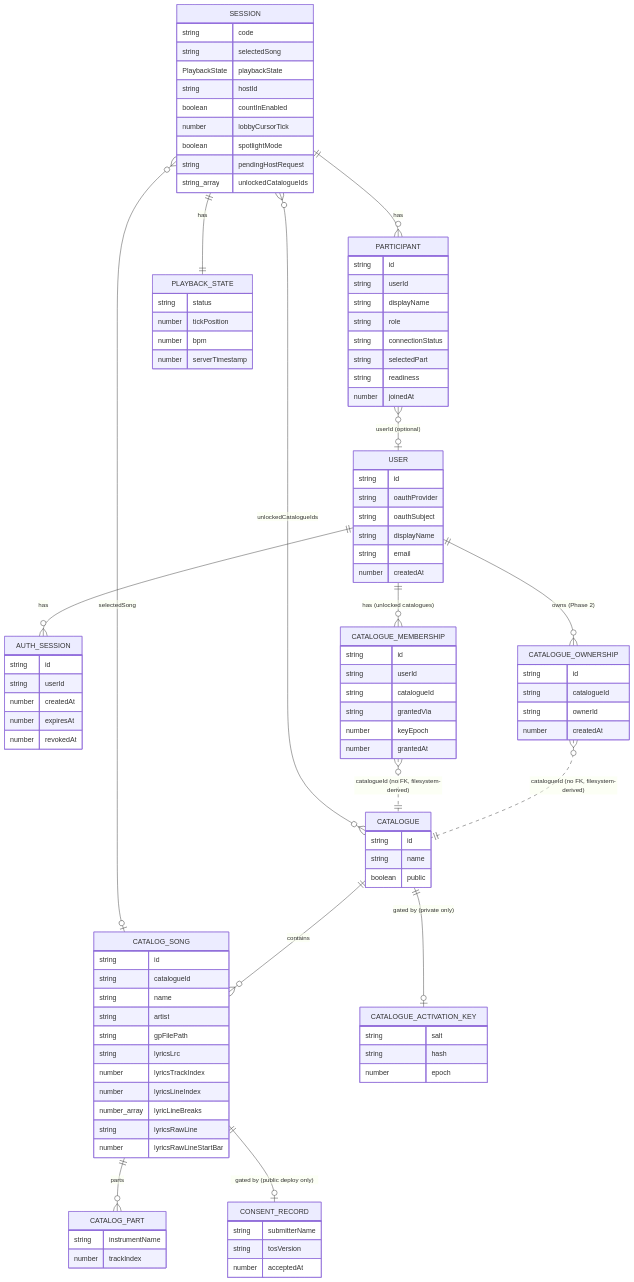
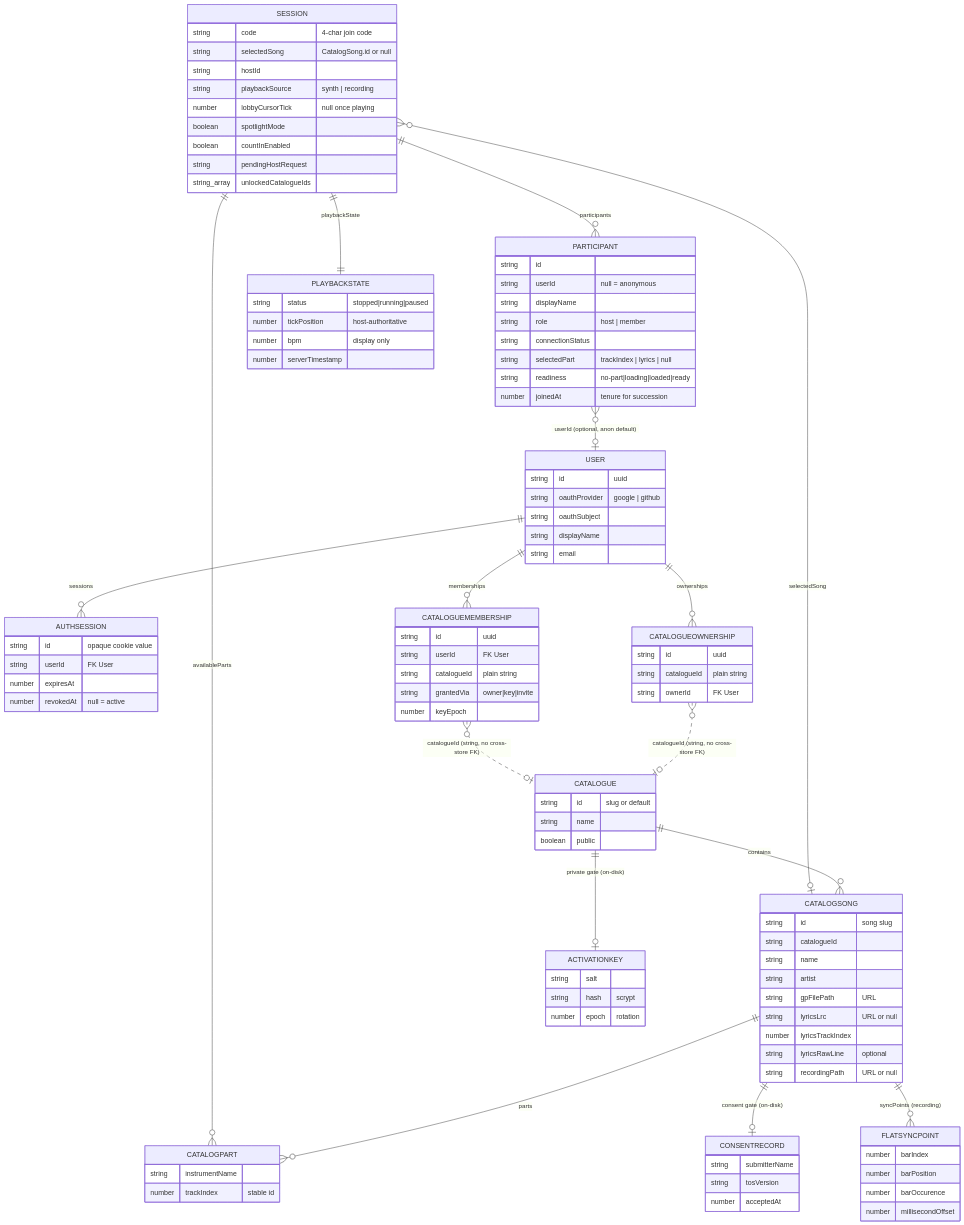
One commit to kinda-bad/sync-tab-scroll changed the first of 3 diagrams in README.md. Above: the diagram before and after it, drawn with Mermaid. The commit also changed other lines of this file and 3 other files, not shown here.

First line of the commit message:
docs(diagrams): regenerate datamodel/infrastructure/ui Mermaid diagrams

````diff
--- a/README.md
+++ b/README.md
@@ -216,106 +216,112 @@
 ```mermaid
 erDiagram
-    SESSION ||--o{ PARTICIPANT : "has"
-    SESSION ||--|| PLAYBACK_STATE : "has"
-    SESSION }o--o| CATALOG_SONG : "selectedSong"
-    SESSION }o--o{ CATALOGUE : "unlockedCatalogueIds"
-    PARTICIPANT }o--o| USER : "userId (optional)"
-    CATALOGUE ||--o{ CATALOG_SONG : "contains"
-    CATALOG_SONG ||--o{ CATALOG_PART : "parts"
-    CATALOGUE ||--o| CATALOGUE_ACTIVATION_KEY : "gated by (private only)"
-    CATALOG_SONG ||--o| CONSENT_RECORD : "gated by (public deploy only)"
-    USER ||--o{ AUTH_SESSION : "has"
-    USER ||--o{ CATALOGUE_MEMBERSHIP : "has (unlocked catalogues)"
-    USER ||--o{ CATALOGUE_OWNERSHIP : "owns (Phase 2)"
-    CATALOGUE_MEMBERSHIP }o..|| CATALOGUE : "catalogueId (no FK, filesystem-derived)"
-    CATALOGUE_OWNERSHIP }o..|| CATALOGUE : "catalogueId (no FK, filesystem-derived)"
+    %% In-memory realtime state (server memory only)
+    SESSION ||--o{ PARTICIPANT : "participants"
+    SESSION ||--|| PLAYBACKSTATE : "playbackState"
+    SESSION }o--o| CATALOGSONG : "selectedSong"
+    SESSION ||--o{ CATALOGPART : "availableParts"
+    PARTICIPANT }o--o| USER : "userId (optional, anon default)"
+
+    %% Filesystem-derived catalog (loaded/re-scanned at runtime, not durable rows)
+    CATALOGUE ||--o{ CATALOGSONG : "contains"
+    CATALOGUE ||--o| ACTIVATIONKEY : "private gate (on-disk)"
+    CATALOGSONG ||--o{ CATALOGPART : "parts"
+    CATALOGSONG ||--o| CONSENTRECORD : "consent gate (on-disk)"
+    CATALOGSONG ||--o{ FLATSYNCPOINT : "syncPoints (recording)"
+
+    %% Durable account layer (Postgres, optional)
+    USER ||--o{ AUTHSESSION : "sessions"
+    USER ||--o{ CATALOGUEMEMBERSHIP : "memberships"
+    USER ||--o{ CATALOGUEOWNERSHIP : "ownerships"
+    CATALOGUEMEMBERSHIP }o..o| CATALOGUE : "catalogueId (string, no cross-store FK)"
+    CATALOGUEOWNERSHIP }o..o| CATALOGUE : "catalogueId (string, no cross-store FK)"
 
     SESSION {
-        string code
-        string selectedSong
-        PlaybackState playbackState
+        string code "4-char join code"
+        string selectedSong "CatalogSong.id or null"
         string hostId
+        string playbackSource "synth | recording"
+        number lobbyCursorTick "null once playing"
+        boolean spotlightMode
         boolean countInEnabled
-        number lobbyCursorTick
-        boolean spotlightMode
         string pendingHostRequest
         string_array unlockedCatalogueIds
     }
     PARTICIPANT {
         string id
-        string userId
+        string userId "null = anonymous"
         string displayName
-        string role
+        string role "host | member"
         string connectionStatus
-        string selectedPart
-        string readiness
-        number joinedAt
+        string selectedPart "trackIndex | lyrics | null"
+        string readiness "no-part|loading|loaded|ready"
+        number joinedAt "tenure for succession"
     }
-    CATALOG_SONG {
-        string id
+    PLAYBACKSTATE {
+        string status "stopped|running|paused"
+        number tickPosition "host-authoritative"
+        number bpm "display only"
+        number serverTimestamp
+    }
+    CATALOGSONG {
+        string id "song slug"
         string catalogueId
         string name
         string artist
-        string gpFilePath
-        string lyricsLrc
+        string gpFilePath "URL"
+        string lyricsLrc "URL or null"
         number lyricsTrackIndex
-        number lyricsLineIndex
-        number_array lyricLineBreaks
-        string lyricsRawLine
-        number lyricsRawLineStartBar
+        string lyricsRawLine "optional"
+        string recordingPath "URL or null"
+    }
+    CATALOGPART {
+        string instrumentName
+        number trackIndex "stable id"
     }
     CATALOGUE {
-        string id
+        string id "slug or default"
         string name
         boolean public
     }
-    CATALOG_PART {
-        string instrumentName
-        number trackIndex
+    FLATSYNCPOINT {
+        number barIndex
+        number barPosition
+        number barOccurence
+        number millisecondOffset
     }
-    PLAYBACK_STATE {
-        string status
-        number tickPosition
-        number bpm
-        number serverTimestamp
-    }
-    CONSENT_RECORD {
+    CONSENTRECORD {
         string submitterName
         string tosVersion
         number acceptedAt
     }
-    CATALOGUE_ACTIVATION_KEY {
+    ACTIVATIONKEY {
         string salt
-        string hash
-        number epoch
+        string hash "scrypt"
+        number epoch "rotation"
     }
     USER {
-        string id
-        string oauthProvider
+        string id "uuid"
+        string oauthProvider "google | github"
         string oauthSubject
         string displayName
         string email
-        number createdAt
     }
-    CATALOGUE_MEMBERSHIP {
-        string id
-        string userId
-        string catalogueId
-        string grantedVia
+    CATALOGUEMEMBERSHIP {
+        string id "uuid"
+        string userId "FK User"
+        string catalogueId "plain string"
+        string grantedVia "owner|key|invite"
         number keyEpoch
-        number grantedAt
     }
-    CATALOGUE_OWNERSHIP {
-        string id
-        string catalogueId
-        string ownerId
-        number createdAt
+    CATALOGUEOWNERSHIP {
+        string id "uuid"
+        string catalogueId "plain string"
+        string ownerId "FK User"
     }
-    AUTH_SESSION {
-        string id
-        string userId
-        number createdAt
+    AUTHSESSION {
+        string id "opaque cookie value"
+        string userId "FK User"
         number expiresAt
-        number revokedAt
+        number revokedAt "null = active"
     }
 ```
````
